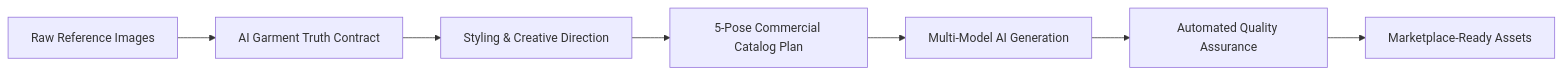
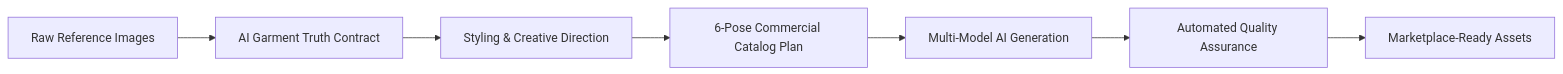
Before and after one commit to pawanshukla500/aistudio-youthnic: the diagram in youthnic-ai-studio-docs/introduction/what-is-youthnic-ai-studio.mdx, drawn with Mermaid. The commit also changed other lines of this file and 72 other files, not shown here.

````diff
--- a/youthnic-ai-studio-docs/introduction/what-is-youthnic-ai-studio.mdx
+++ b/youthnic-ai-studio-docs/introduction/what-is-youthnic-ai-studio.mdx
@@ -48,9 +48,9 @@
 ```mermaid
 graph LR
     A[Raw Reference Images] --> B[AI Garment Truth Contract]
     B --> C[Styling & Creative Direction]
-    C --> D[5-Pose Commercial Catalog Plan]
+    C --> D[6-Pose Commercial Catalog Plan]
     D --> E[Multi-Model AI Generation]
     E --> F[Automated Quality Assurance]
     F --> G[Marketplace-Ready Assets]
 ```
````
